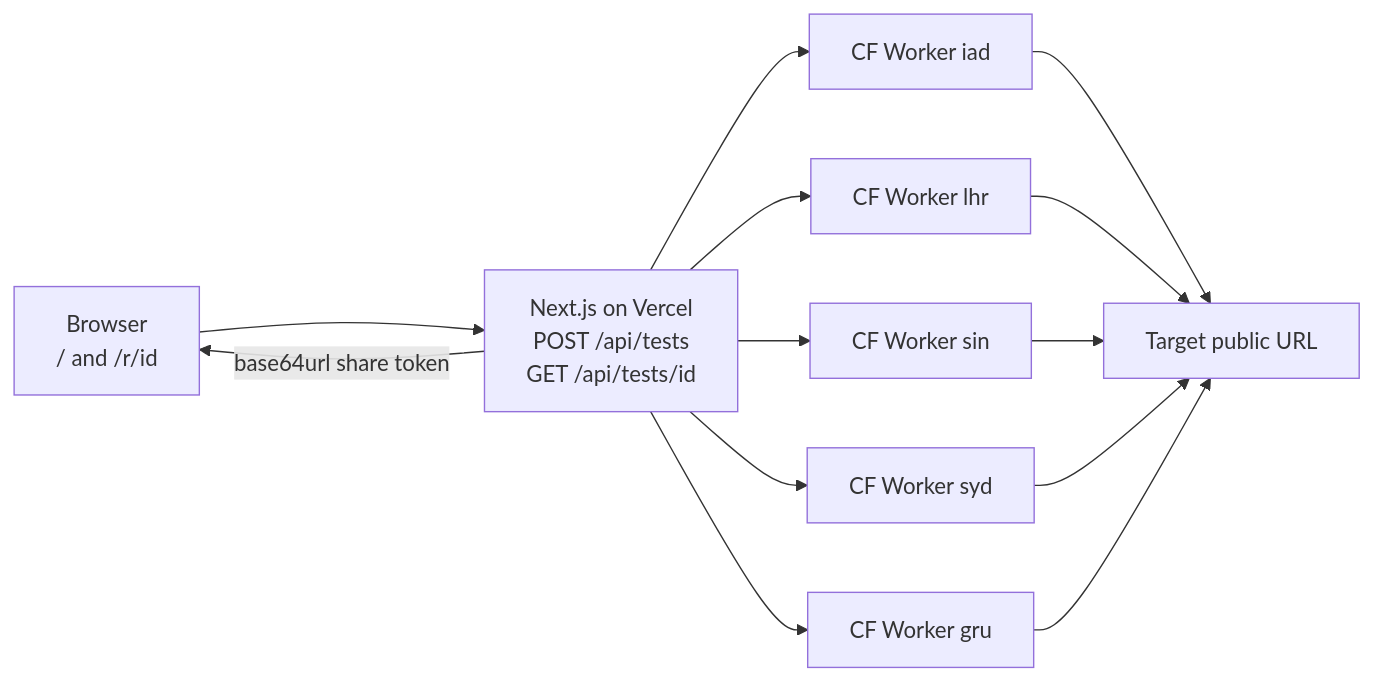
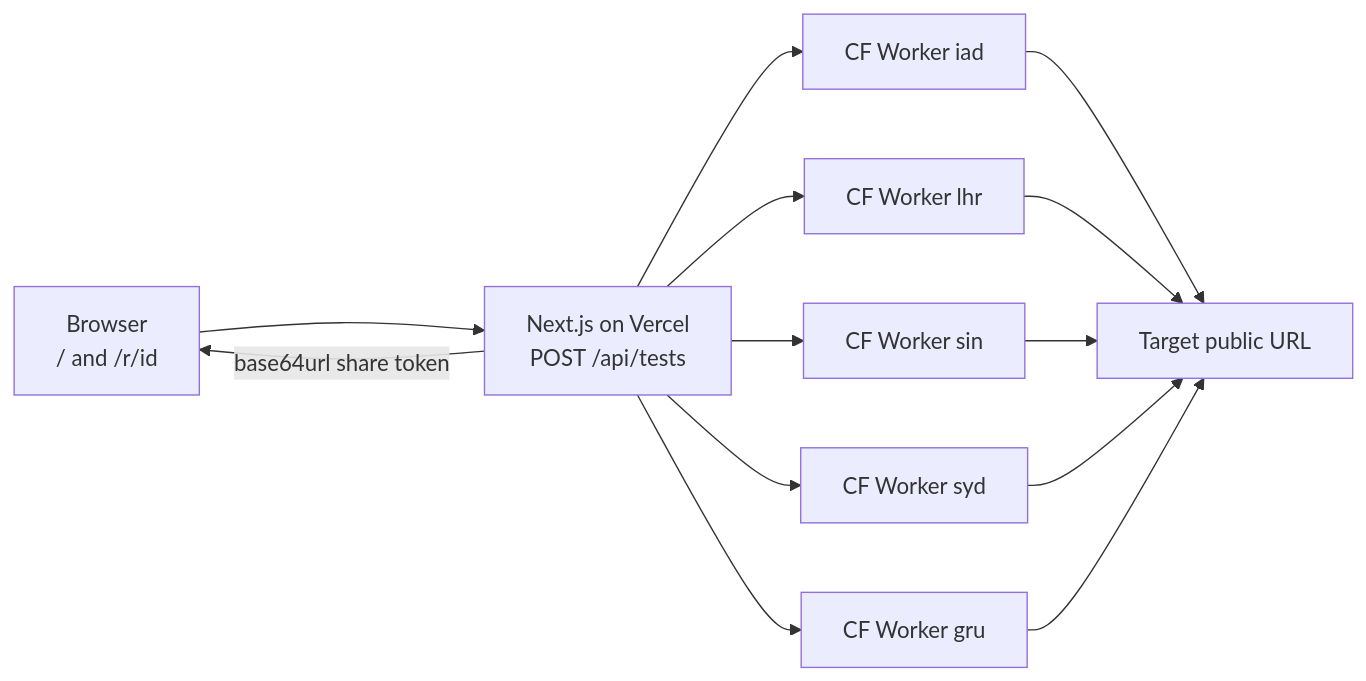
One commit to gargi0903/latencymap changed the first of 3 diagrams in docs/PROJECT_OVERVIEW.md. Above: the diagram before and after it, drawn with Mermaid. The commit also changed other lines of this file and 10 other files, not shown here.

````diff
--- a/docs/PROJECT_OVERVIEW.md
+++ b/docs/PROJECT_OVERVIEW.md
@@ -68,16 +68,16 @@
 ```mermaid
 flowchart LR
   Browser["Browser<br/>/ and /r/id"]
-  Next["Next.js on Vercel<br/>POST /api/tests<br/>GET /api/tests/id"]
+  Next["Next.js on Vercel<br/>POST /api/tests"]
   IAD["CF Worker iad"]
   LHR["CF Worker lhr"]
   SIN["CF Worker sin"]
   SYD["CF Worker syd"]
   GRU["CF Worker gru"]
   Target["Target public URL"]
 
   Browser --> Next
   Next --> IAD & LHR & SIN & SYD & GRU
   IAD & LHR & SIN & SYD & GRU --> Target
   Next -->|"base64url share token"| Browser
 ```
````
